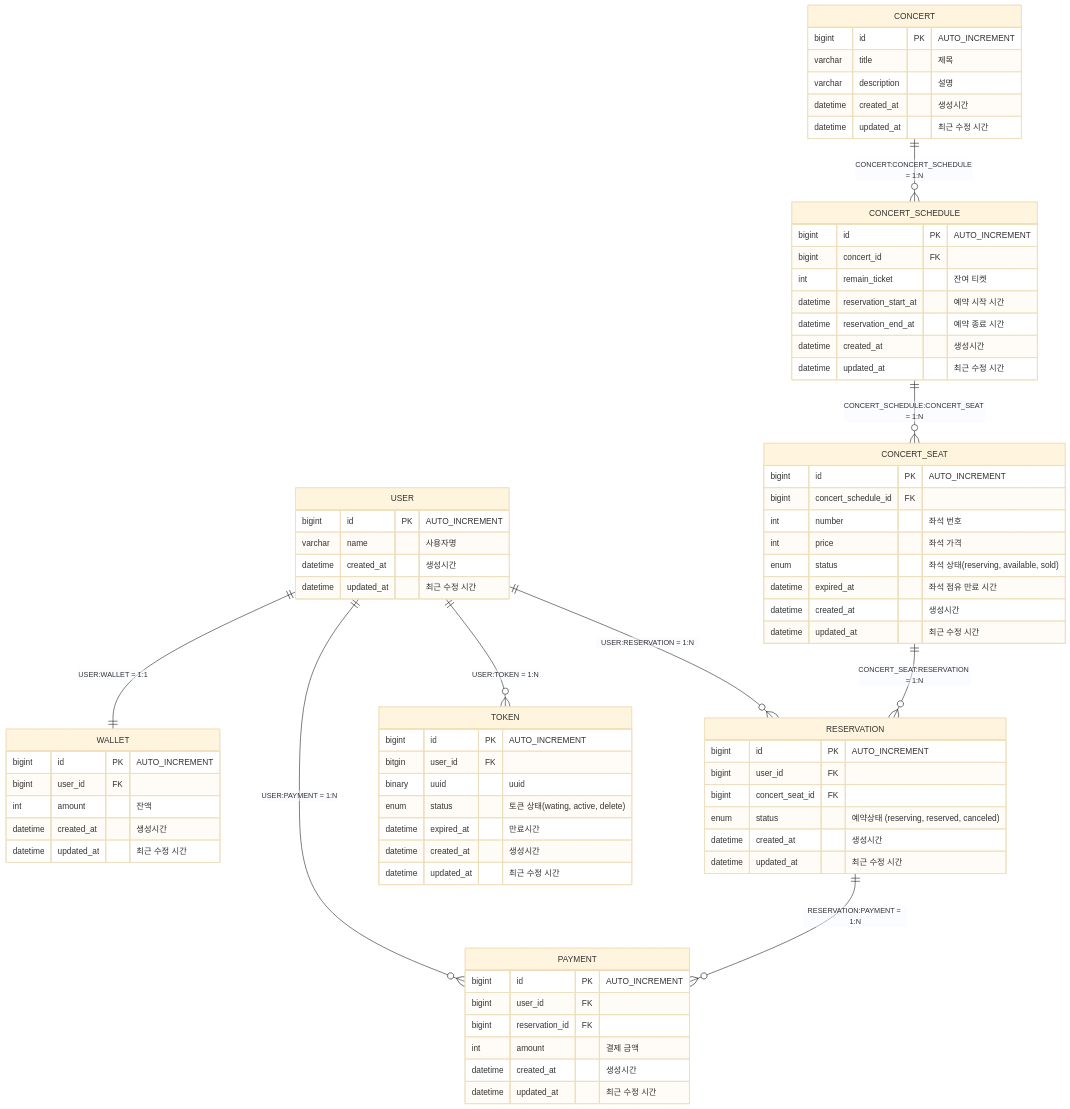
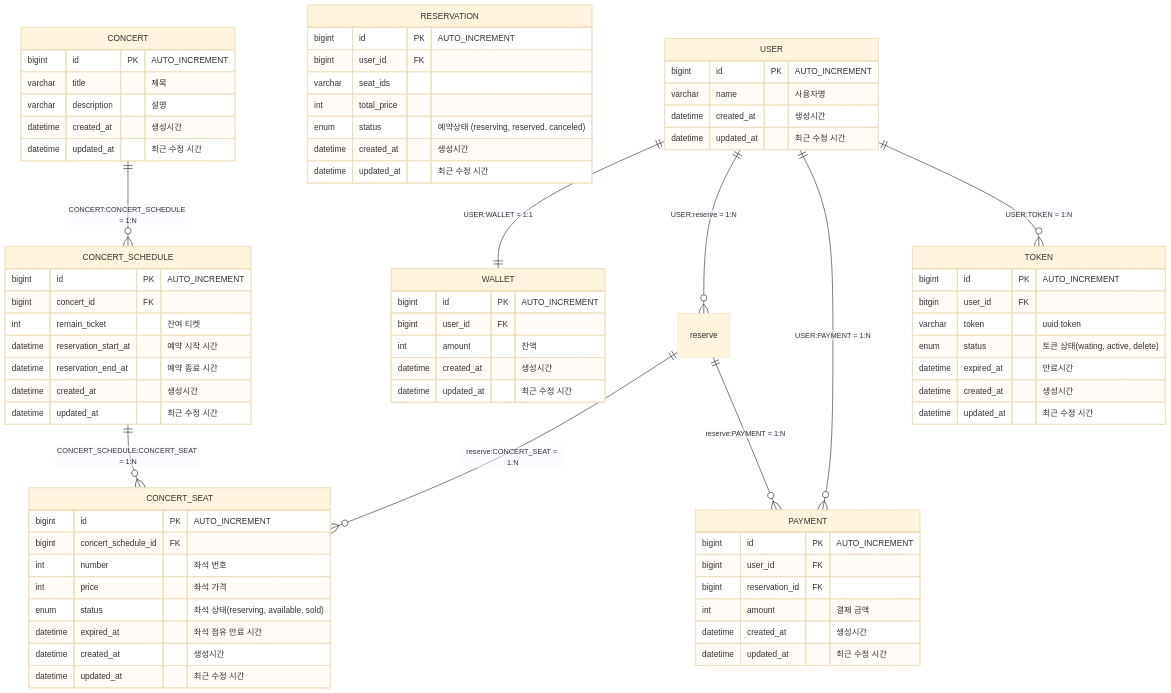
Before and after one commit to seokyHan/concert-reservation: the diagram in docs/ERD.md, drawn with Mermaid (base theme). The commit also changed 4 other files, not shown here.

Commit message:
chore : yml, gitignore, gradle, erd 수정 및 파일 정리

````diff
--- a/docs/ERD.md
+++ b/docs/ERD.md
@@ -29,7 +29,8 @@
     RESERVATION {
         bigint id PK "AUTO_INCREMENT"
         bigint user_id FK
-        bigint concert_seat_id FK
+        varchar seat_ids
+        int total_price
         enum status "예약상태 (reserving, reserved, canceled)"
         datetime created_at "생성시간"
         datetime updated_at "최근 수정 시간"
@@ -67,7 +68,7 @@
     TOKEN {
         bigint id PK "AUTO_INCREMENT"
         bitgin user_id FK
-        binary uuid "uuid"
+        varchar token "uuid token"
         enum status "토큰 상태(wating, active, delete)"
         datetime expired_at "만료시간"
         datetime created_at "생성시간"
@@ -75,12 +76,12 @@
     }
 
     USER ||--|| WALLET: "USER:WALLET = 1:1"
-    USER ||--o{ RESERVATION: "USER:RESERVATION = 1:N"
+    USER ||--o{ reserve: "USER:reserve = 1:N"
     USER ||--o{ PAYMENT: "USER:PAYMENT = 1:N"
     CONCERT ||--o{ CONCERT_SCHEDULE: "CONCERT:CONCERT_SCHEDULE = 1:N"
     CONCERT_SCHEDULE ||--o{ CONCERT_SEAT: "CONCERT_SCHEDULE:CONCERT_SEAT = 1:N"
-    CONCERT_SEAT ||--o{ RESERVATION: "CONCERT_SEAT:RESERVATION = 1:N"
-    RESERVATION ||--o{ PAYMENT: "RESERVATION:PAYMENT = 1:N"
+    reserve ||--o{ CONCERT_SEAT: "reserve:CONCERT_SEAT = 1:N"
+    reserve ||--o{ PAYMENT: "reserve:PAYMENT = 1:N"
     USER ||--o{ TOKEN: "USER:TOKEN = 1:N"
 
 ```
````
